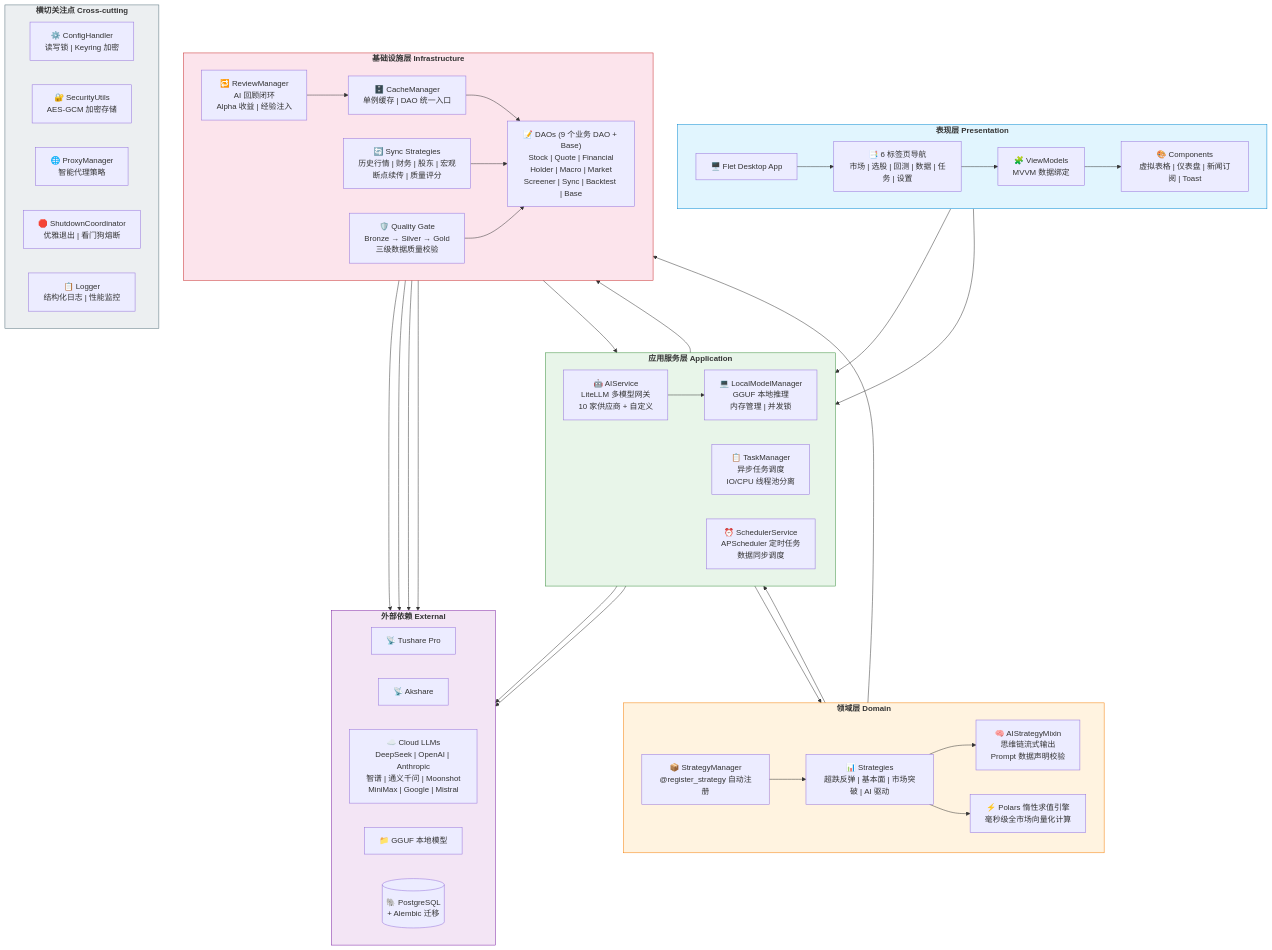
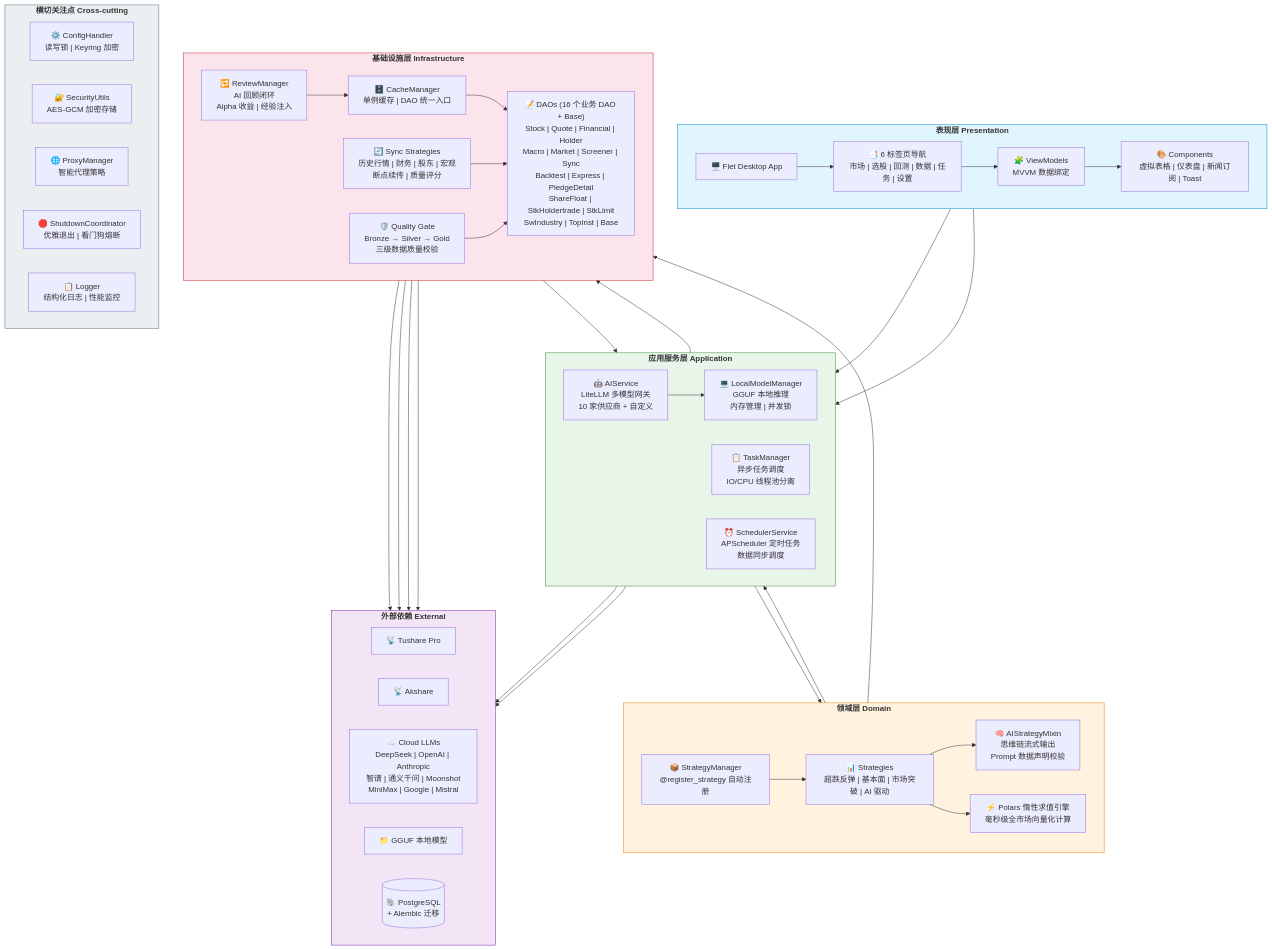
The diagram in README.md (shi00/qTrading), drawn with Mermaid before and after one commit. The commit also changed other lines of this file and 5 other files, not shown here.

````diff
--- a/README.md
+++ b/README.md
@@ -294,81 +294,81 @@
 ```mermaid
 graph TB
     subgraph PRESENTATION["<b>表现层 Presentation</b>"]
         direction LR
         APP["🖥️ Flet Desktop App"]
         TABS["📑 6 标签页导航<br/>市场 | 选股 | 回测 | 数据 | 任务 | 设置"]
         VM["🧩 ViewModels<br/>MVVM 数据绑定"]
         COMP["🎨 Components<br/>虚拟表格 | 仪表盘 | 新闻订阅 | Toast"]
         APP --> TABS --> VM --> COMP
     end
 
     subgraph APPLICATION["<b>应用服务层 Application</b>"]
         direction LR
         AI["🤖 AIService<br/>LiteLLM 多模型网关<br/>10 家供应商 + 自定义"]
         TASK["📋 TaskManager<br/>异步任务调度<br/>IO/CPU 线程池分离"]
         LOCAL["💻 LocalModelManager<br/>GGUF 本地推理<br/>内存管理 | 并发锁"]
         SCHED["⏰ SchedulerService<br/>APScheduler 定时任务<br/>数据同步调度"]
     end
 
     subgraph DOMAIN["<b>领域层 Domain</b>"]
         direction LR
         REG["📦 StrategyManager<br/>@register_strategy 自动注册"]
         STG["📊 Strategies<br/>超跌反弹 | 基本面 | 市场突破 | AI 驱动"]
         MIX["🧠 AIStrategyMixin<br/>思维链流式输出<br/>Prompt 数据声明校验"]
         POLARS["⚡ Polars 惰性求值引擎<br/>毫秒级全市场向量化计算"]
         REG --> STG --> MIX
         STG --> POLARS
     end
 
     subgraph INFRA["<b>基础设施层 Infrastructure</b>"]
         direction LR
         CACHE["🗄️ CacheManager<br/>单例缓存 | DAO 统一入口"]
-        DAOS["📝 DAOs (9 个业务 DAO + Base)<br/>Stock | Quote | Financial<br/>Holder | Macro | Market<br/>Screener | Sync | Backtest | Base"]
+        DAOS["📝 DAOs (16 个业务 DAO + Base)<br/>Stock | Quote | Financial | Holder<br/>Macro | Market | Screener | Sync<br/>Backtest | Express | PledgeDetail<br/>ShareFloat | StkHoldertrade | StkLimit<br/>SwIndustry | TopInst | Base"]
         SYNC["🔄 Sync Strategies<br/>历史行情 | 财务 | 股东 | 宏观<br/>断点续传 | 质量评分"]
         QUALITY["🛡️ Quality Gate<br/>Bronze → Silver → Gold<br/>三级数据质量校验"]
         REVIEW["🔁 ReviewManager<br/>AI 回顾闭环<br/>Alpha 收益 | 经验注入"]
         CACHE --> DAOS
         SYNC --> DAOS
         QUALITY --> DAOS
         REVIEW --> CACHE
     end
 
     subgraph EXTERNAL["<b>外部依赖 External</b>"]
         direction LR
         TUSHARE["📡 Tushare Pro"]
         AKSHARE["📡 Akshare"]
         CLOUD_LLM["☁️ Cloud LLMs<br/>DeepSeek | OpenAI | Anthropic<br/>智谱 | 通义千问 | Moonshot<br/>MiniMax | Google | Mistral"]
         GGUF["📁 GGUF 本地模型"]
         PG[("🐘 PostgreSQL<br/>+ Alembic 迁移")]
     end
 
     subgraph CROSS["<b>横切关注点 Cross-cutting</b>"]
         direction LR
         CONFIG["⚙️ ConfigHandler<br/>读写锁 | Keyring 加密"]
         SECURITY["🔐 SecurityUtils<br/>AES-GCM 加密存储"]
         PROXY["🌐 ProxyManager<br/>智能代理策略"]
         SHUTDOWN["🛑 ShutdownCoordinator<br/>优雅退出 | 看门狗熔断"]
         LOG["📋 Logger<br/>结构化日志 | 性能监控"]
     end
 
     VM --> AI
     VM --> TASK
     TASK --> STG
     MIX --> AI
     AI --> CLOUD_LLM
     AI --> LOCAL --> GGUF
     STG --> CACHE
     DAOS --> PG
     SYNC --> TUSHARE
     SYNC --> AKSHARE
     SCHED --> SYNC
     REVIEW --> AI
     REVIEW --> PG
 
     style PRESENTATION fill:#e1f5fe,stroke:#0288d1
     style APPLICATION fill:#e8f5e9,stroke:#388e3c
     style DOMAIN fill:#fff3e0,stroke:#f57c00
     style INFRA fill:#fce4ec,stroke:#c62828
     style EXTERNAL fill:#f3e5f5,stroke:#7b1fa2
     style CROSS fill:#eceff1,stroke:#546e7a
 ```
````
